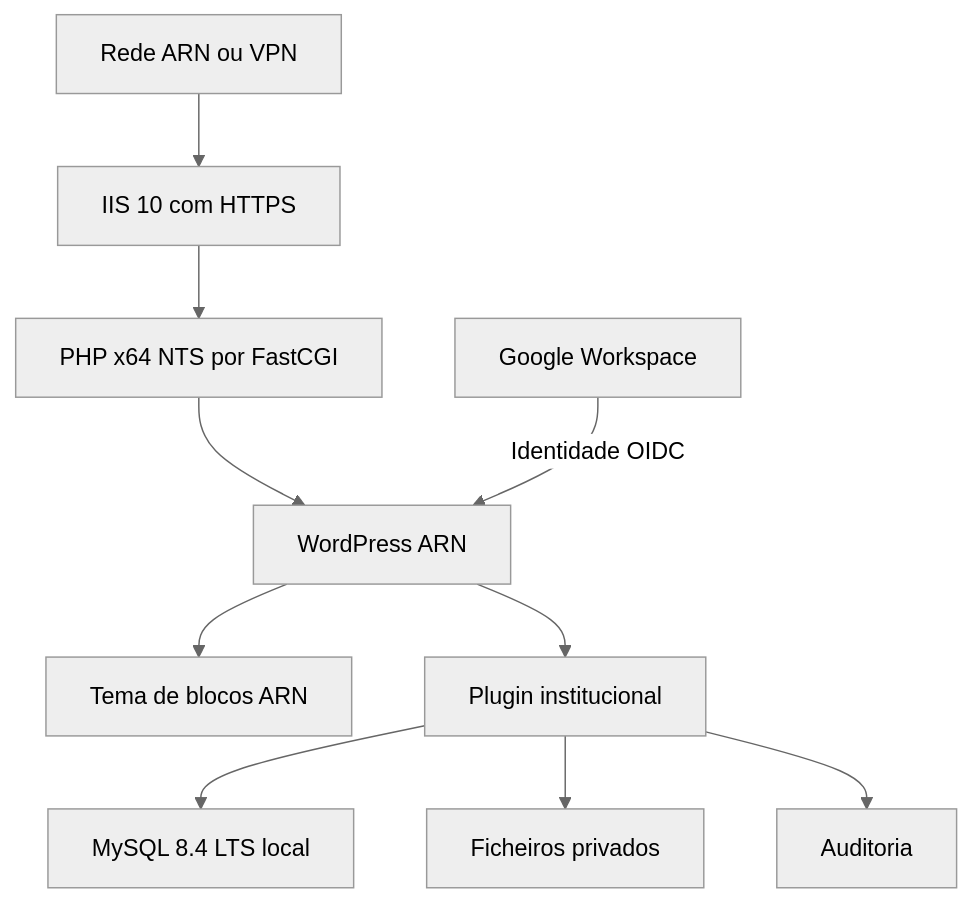
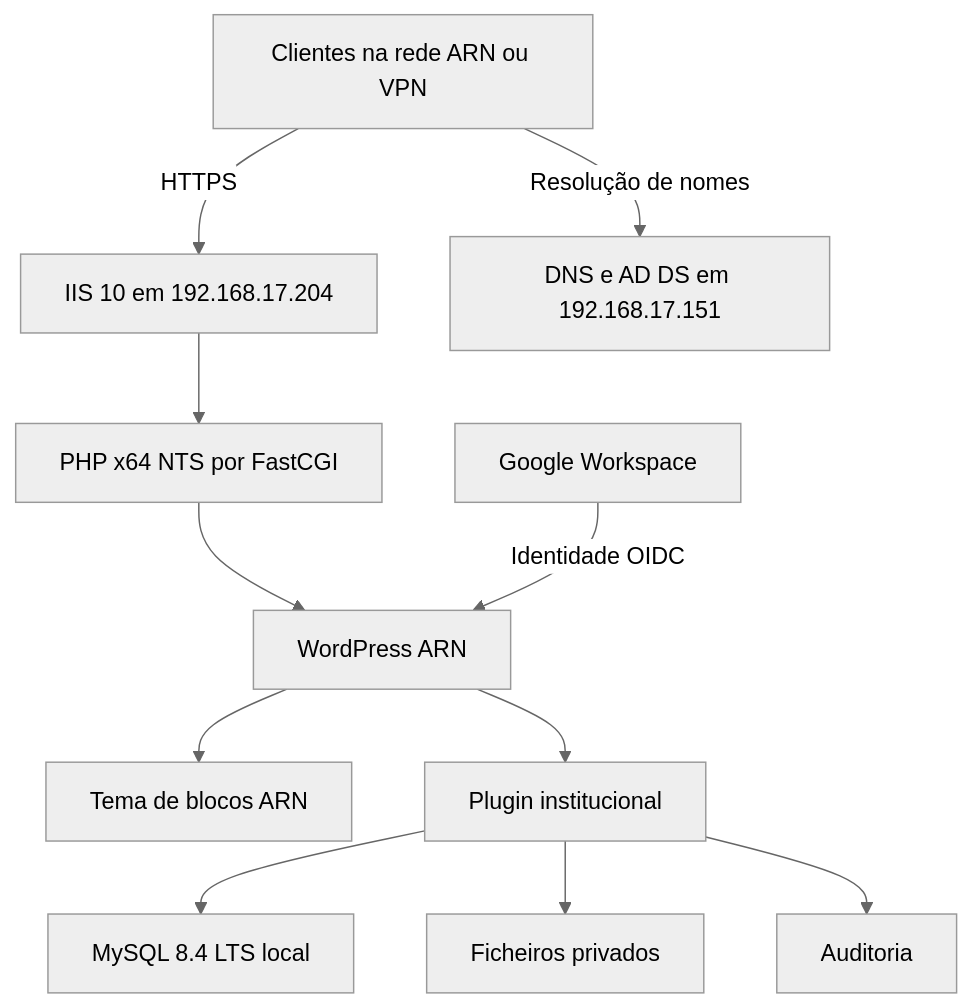
The first of 2 diagrams in README.md (atchutchi/plataforma-interna-arn), drawn with Mermaid (neutral theme) before and after one commit. The commit also changed other lines of this file, not shown here.

Commit message:
docs: definir portal no servidor .204 em WORKGROUP e separar AD DNS

```diff
--- a/README.md
+++ b/README.md
@@ -99,12 +101,13 @@
 ~~~mermaid
 flowchart TD
-    Rede["Rede ARN ou VPN"] --> IIS["IIS 10 com HTTPS"]
+    Rede["Clientes na rede ARN ou VPN"] -->|"HTTPS"| IIS["IIS 10 em 192.168.17.204"]
+    Rede -->|"Resolução de nomes"| DNS["DNS e AD DS em 192.168.17.151"]
     IIS --> PHP["PHP x64 NTS por FastCGI"]
     PHP --> Portal["WordPress ARN"]
     Google["Google Workspace"] -->|"Identidade OIDC"| Portal
     Portal --> Tema["Tema de blocos ARN"]
     Portal --> Core["Plugin institucional"]
     Core --> Base["MySQL 8.4 LTS local"]
     Core --> Arquivo["Ficheiros privados"]
     Core --> Logs["Auditoria"]
 ~~~
```
